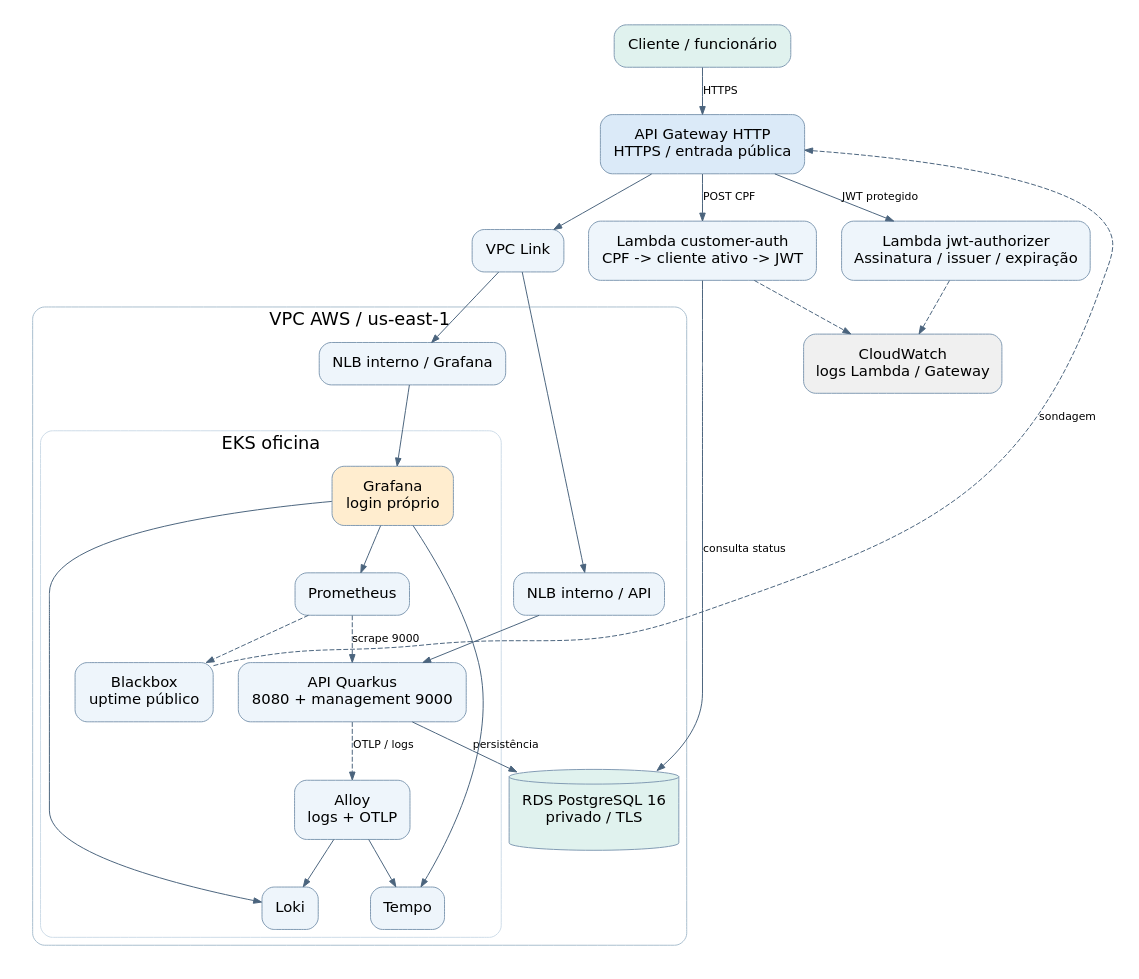
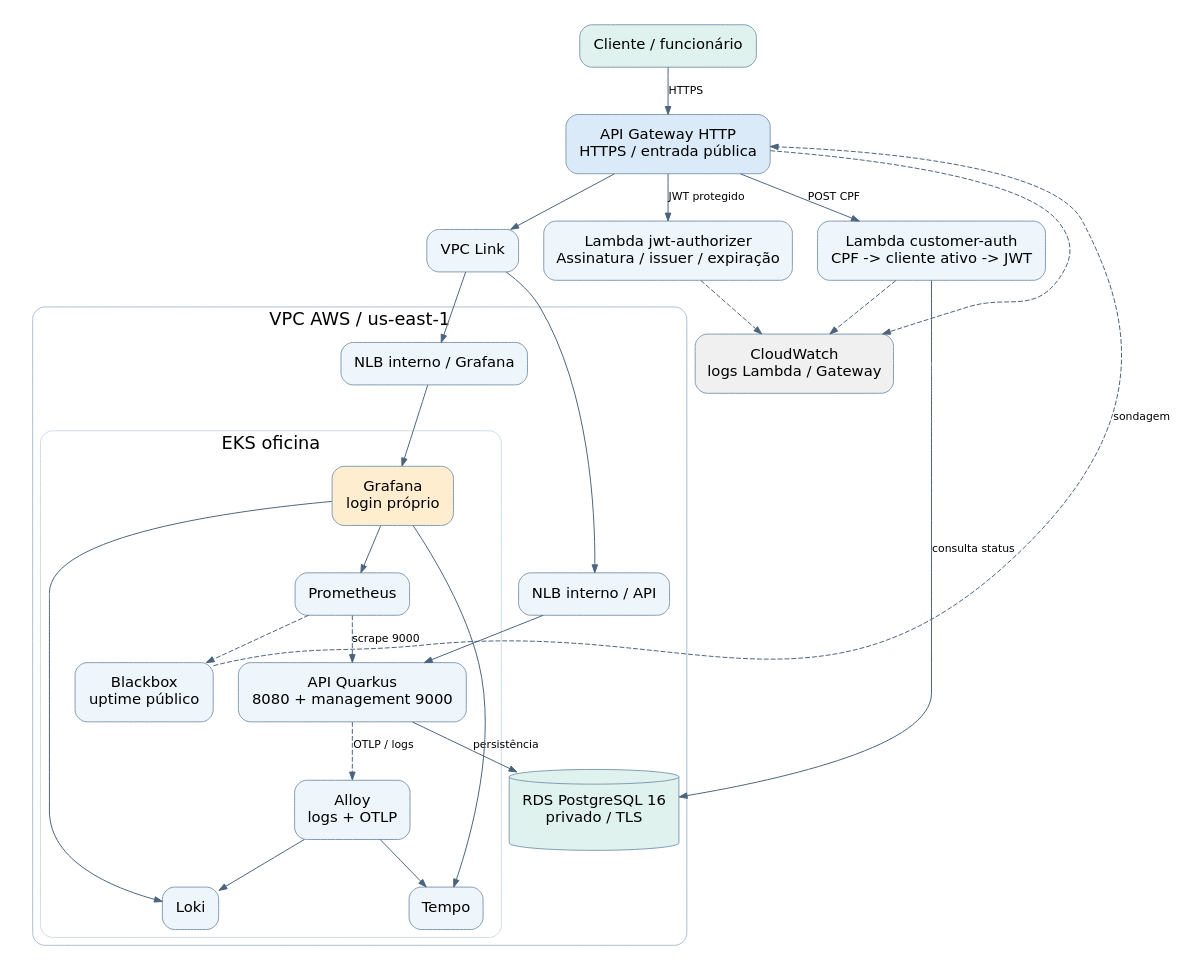
One commit to 15SOAT-JVGG/oficina-infra-k8s changed the diagram in docs/fase3/diagramas/componentes.dot. Above: the diagram before and after it, drawn with Graphviz. The commit also changed 10 other files, not shown here.

Commit message:
docs: show Gateway response hops explicitly in sequence diagrams

```diff
--- a/docs/fase3/diagramas/componentes.dot
+++ b/docs/fase3/diagramas/componentes.dot
@@ -1,35 +1,35 @@
 digraph G {
 graph [bgcolor="white",pad="0.25",nodesep="0.35",ranksep="0.5"]; node [fontname="DejaVu Sans",fontsize=15,shape=box,style="rounded,filled",fillcolor="#eef5fb",color="#829bb3",margin="0.18"]; edge [fontname="DejaVu Sans",fontsize=11,color="#4b647d",arrowsize=0.8];
 rankdir=TB;
 user[label="Cliente / funcionário",fillcolor="#e0f2ee"];
 gw[label="API Gateway HTTP\nHTTPS / entrada pública",fillcolor="#dbeaf8"];
 auth[label="Lambda customer-auth\nCPF -> cliente ativo -> JWT"];
 jwt[label="Lambda jwt-authorizer\nAssinatura / issuer / expiração"];
 link[label="VPC Link"];
 subgraph cluster_vpc { label="VPC AWS / us-east-1"; fontname="DejaVu Sans";fontsize=18;color="#a9becf";style="rounded";
   db[label="RDS PostgreSQL 16\nprivado / TLS",shape=cylinder,fillcolor="#e0f2ee"];
   nlb[label="NLB interno / API"];
   ng[label="NLB interno / Grafana"];
   subgraph cluster_eks {label="EKS oficina";color="#cedce8";style="rounded";
     api[label="API Quarkus\n8080 + management 9000"];
     grafana[label="Grafana\nlogin próprio",fillcolor="#ffedcf"];
     prom[label="Prometheus"];
     alloy[label="Alloy\nlogs + OTLP"];
     loki[label="Loki"];
     tempo[label="Tempo"];
     bb[label="Blackbox\nuptime público"];
   }
 }
 cw[label="CloudWatch\nlogs Lambda / Gateway",fillcolor="#f0f0f0"];
 user->gw[label="HTTPS"];
 gw->auth[label="POST CPF"];
 gw->jwt[label="JWT protegido"];
 gw->link;link->nlb;link->ng;nlb->api;ng->grafana;
 auth->db[label="consulta status"];
 api->db[label="persistência"];
 grafana->prom;grafana->loki;grafana->tempo;
 prom->api[label="scrape 9000",style=dashed];prom->bb[style=dashed];bb->gw[label="sondagem",style=dashed,constraint=false];
 api->alloy[label="OTLP / logs",style=dashed];alloy->loki;alloy->tempo;
-auth->cw[style=dashed];jwt->cw[style=dashed];
+auth->cw[style=dashed];jwt->cw[style=dashed];gw->cw[style=dashed,constraint=false];
 {rank=same;auth;jwt;link;}
 }
```
